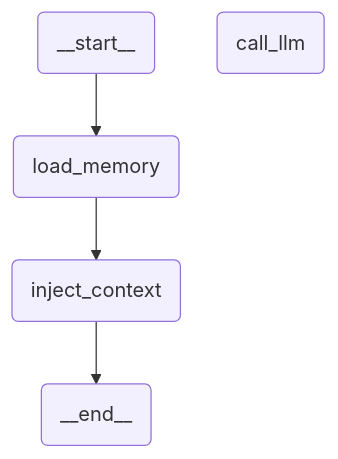
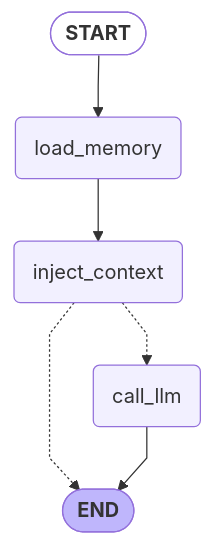
The diagram in graph/flow.md (vimalraj2it/agentic-chatbot), drawn with Mermaid before and after one commit. The commit also changed 14 other files, not shown here.

````diff
--- a/graph/flow.md
+++ b/graph/flow.md
@@ -1,20 +1,22 @@
 ```mermaid
 ---
 config:
   flowchart:
     curve: linear
 ---
 graph TD;
-	__start__(<p>__start__</p>)
+	__start__([<b>START</b>]):::first
 	load_memory(load_memory)
 	inject_context(inject_context)
 	call_llm(call_llm)
-	__end__(<p>__end__</p>)
+	__end__([<b>END</b>]):::last
 	__start__ --> load_memory;
+	inject_context -.-> __end__;
+	inject_context -.-> call_llm;
 	load_memory --> inject_context;
-	inject_context --> __end__;
+	call_llm --> __end__;
 	classDef default fill:#f2f0ff,line-height:1.2
 	classDef first fill-opacity:0
 	classDef last fill:#bfb6fc
 
 ```
````
